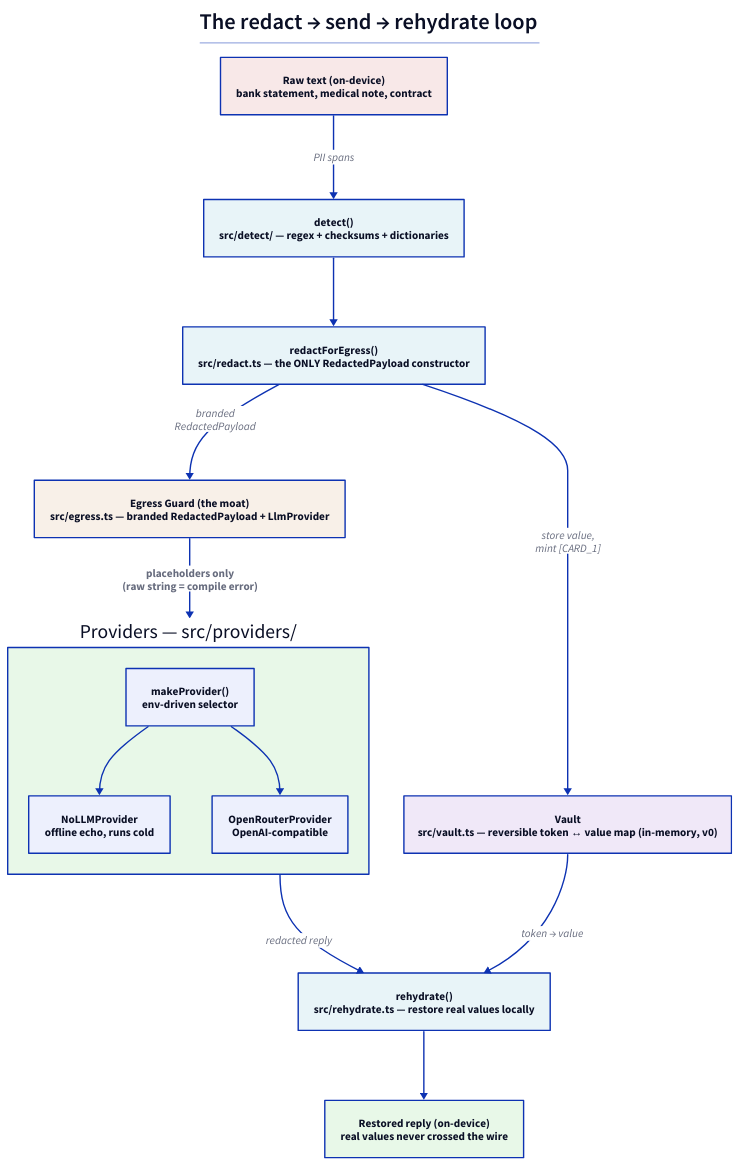
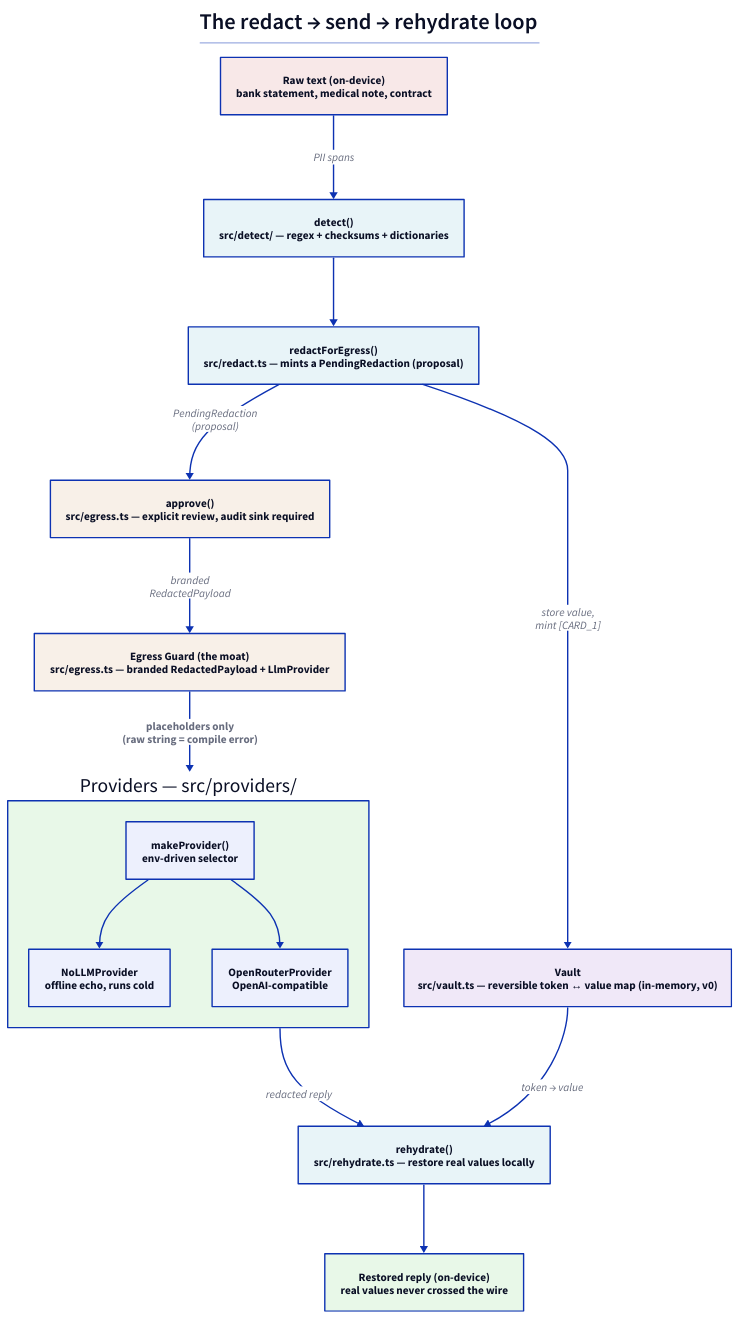
One commit to hseshadr/privacy-core changed the diagram in docs/diagrams/privacy-loop.d2. Above: the diagram before and after it, drawn with D2. The commit also changed 35 other files, not shown here.

First line of the commit message:
fix: unforgeable approval capability + fail-closed vault mismatch (Egress Guard hardening) (#6)

```diff
--- a/docs/diagrams/privacy-loop.d2
+++ b/docs/diagrams/privacy-loop.d2
@@ -1,53 +1,58 @@
 direction: down
 
 title: |md
   # The redact → send → rehydrate loop
 | {near: top-center}
 
 raw: "Raw text (on-device)\nbank statement, medical note, contract" {
   style.fill: "#f8e8e8"
 }
 
 detect: "detect()\nsrc/detect/ — regex + checksums + dictionaries" {
   style.fill: "#e8f4f8"
 }
 
 vault: "Vault\nsrc/vault.ts — reversible token ↔ value map (in-memory, v0)" {
   style.fill: "#f0e8f8"
 }
 
-redact: "redactForEgress()\nsrc/redact.ts — the ONLY RedactedPayload constructor" {
+redact: "redactForEgress()\nsrc/redact.ts — mints a PendingRedaction (proposal)" {
   style.fill: "#e8f4f8"
+}
+
+approve: "approve()\nsrc/egress.ts — explicit review, audit sink required" {
+  style.fill: "#f8f0e8"
 }
 
 guard: "Egress Guard (the moat)\nsrc/egress.ts — branded RedactedPayload + LlmProvider" {
   style.fill: "#f8f0e8"
 }
 
 providers: "Providers — src/providers/" {
   style.fill: "#e8f8e8"
   nollm: "NoLLMProvider\noffline echo, runs cold"
   openrouter: "OpenRouterProvider\nOpenAI-compatible"
   factory: "makeProvider()\nenv-driven selector"
   factory -> nollm
   factory -> openrouter
 }
 
 rehydrate: "rehydrate()\nsrc/rehydrate.ts — restore real values locally" {
   style.fill: "#e8f4f8"
 }
 
 restored: "Restored reply (on-device)\nreal values never crossed the wire" {
   style.fill: "#e8f8e8"
 }
 
 raw -> detect: "PII spans"
 detect -> redact
 redact -> vault: "store value,\nmint [CARD_1]"
-redact -> guard: "branded\nRedactedPayload"
+redact -> approve: "PendingRedaction\n(proposal)"
+approve -> guard: "branded\nRedactedPayload"
 guard -> providers: "placeholders only\n(raw string = compile error)" {
   style.bold: true
 }
 providers -> rehydrate: "redacted reply"
 vault -> rehydrate: "token → value"
 rehydrate -> restored
```
